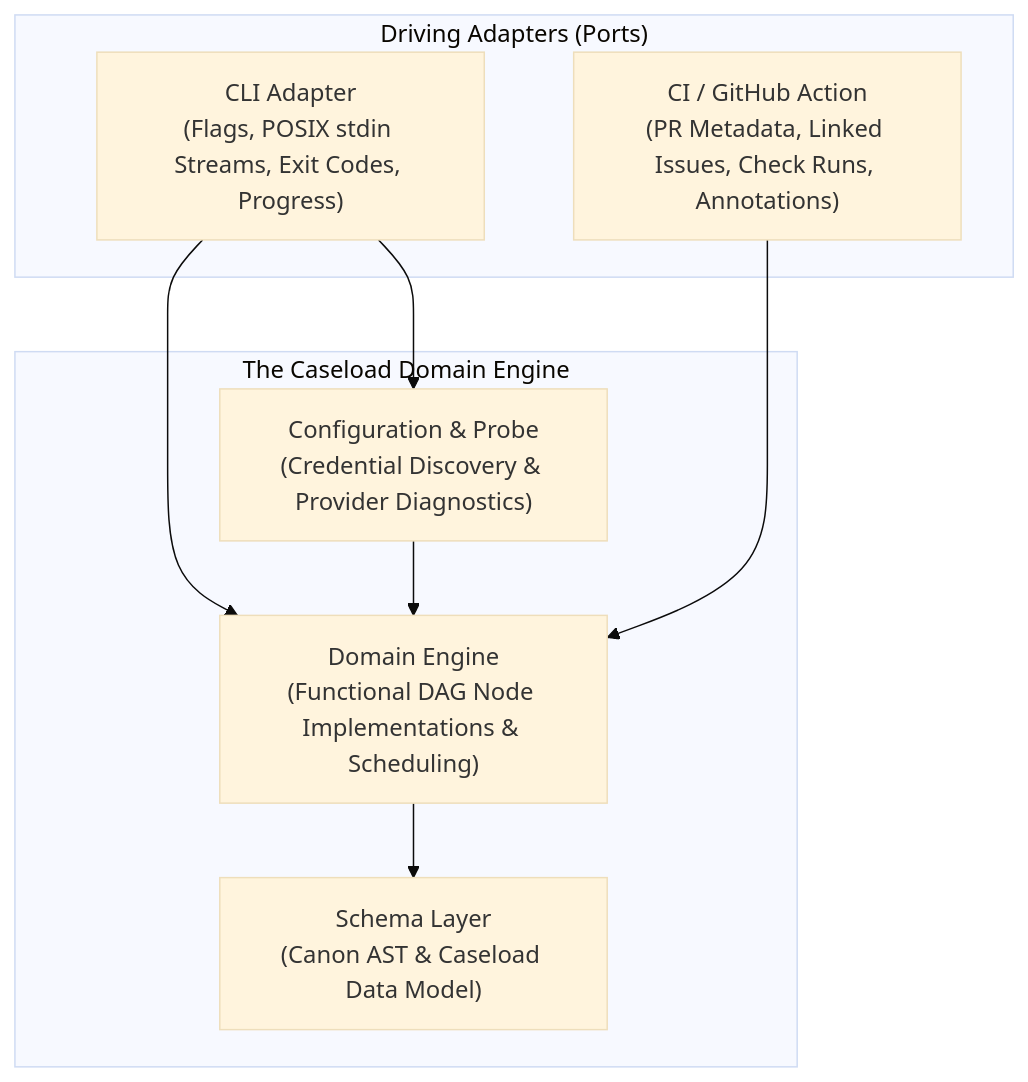
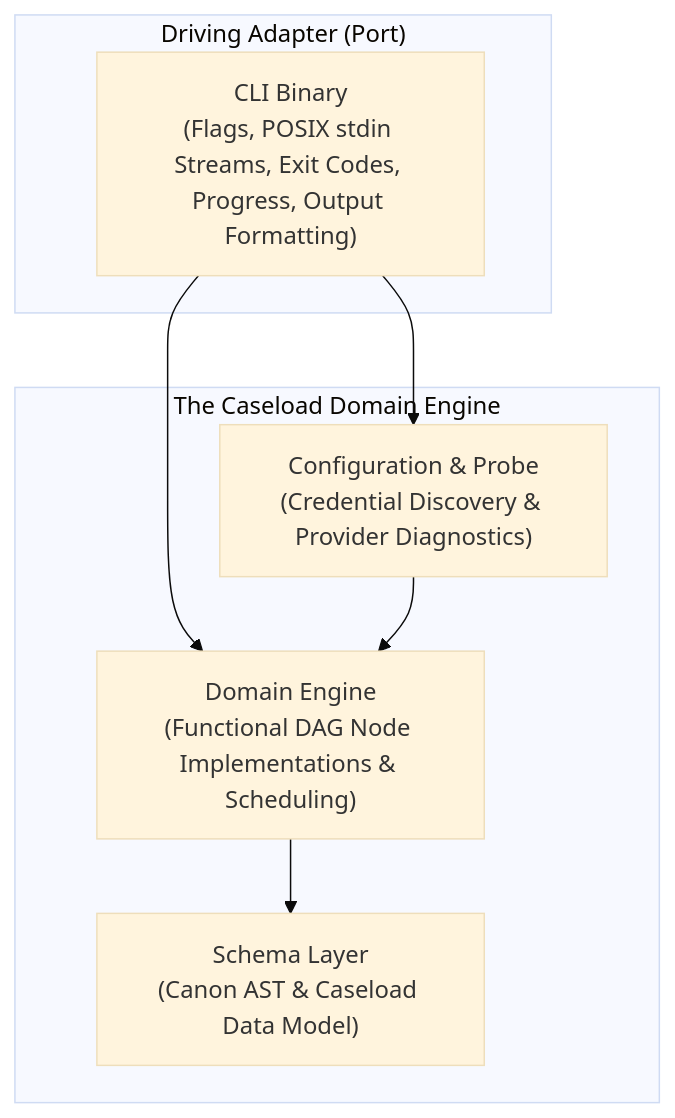
One commit to PAIR-code/canon-clerk changed the second of 3 diagrams in docs/architecture/overview.md. Above: the diagram before and after it, drawn with Mermaid (base theme). The commit also changed other lines of this file and 22 other files, not shown here.

````diff
--- a/docs/architecture/overview.md
+++ b/docs/architecture/overview.md
@@ -90,20 +90,18 @@
 ```mermaid
 flowchart TD
-    subgraph DrivingAdapters ["Driving Adapters (Ports)"]
-        CLI["CLI Adapter<br/>(Flags, POSIX stdin Streams, Exit Codes, Progress)"]
-        Action["CI / GitHub Action<br/>(PR Metadata, Linked Issues, Check Runs, Annotations)"]
+    subgraph DrivingAdapter ["Driving Adapter (Port)"]
+        CLI["CLI Binary<br/>(Flags, POSIX stdin Streams, Exit Codes, Progress, Output Formatting)"]
     end
 
     subgraph CoreEngine ["The Caseload Domain Engine"]
         Core["Domain Engine<br/>(Functional DAG Node Implementations & Scheduling)"]
         Config["Configuration & Probe<br/>(Credential Discovery & Provider Diagnostics)"]
         Schema["Schema Layer<br/>(Canon AST & Caseload Data Model)"]
     end
 
     CLI --> Core
     CLI --> Config
-    Action --> Core
 
     Config --> Core
     Core --> Schema
 ```
````
